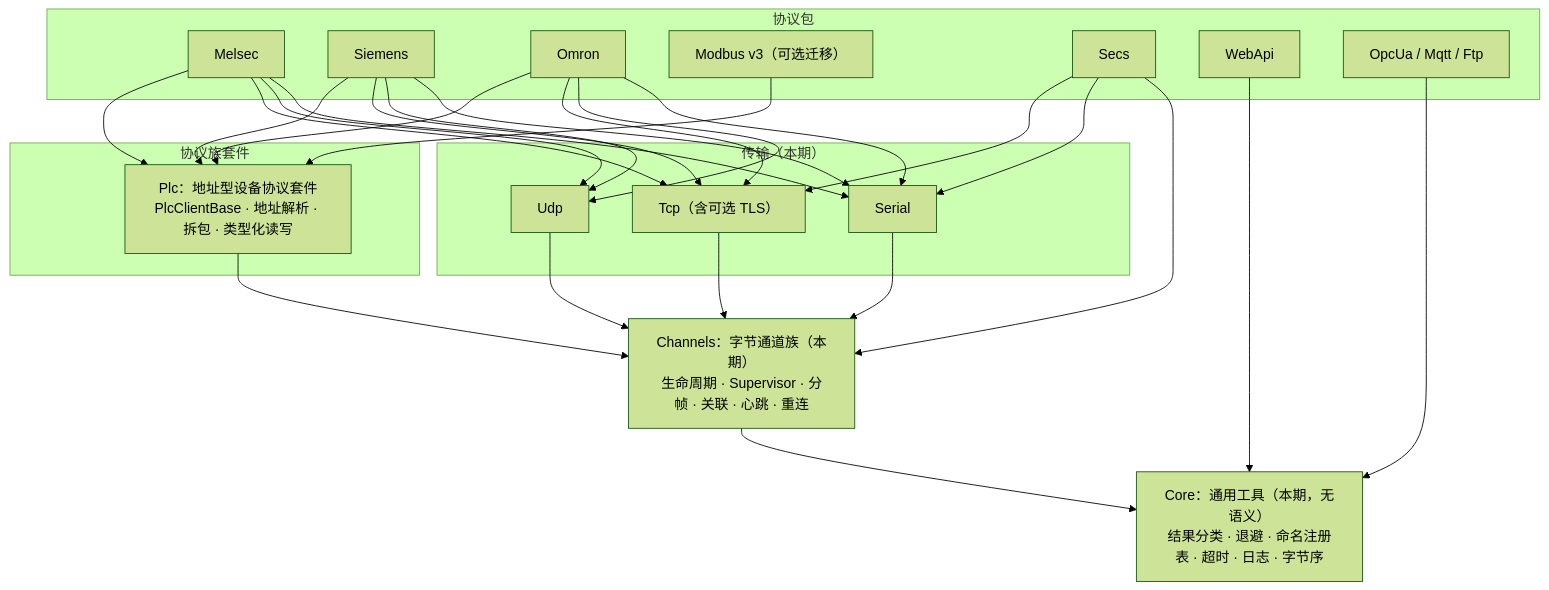
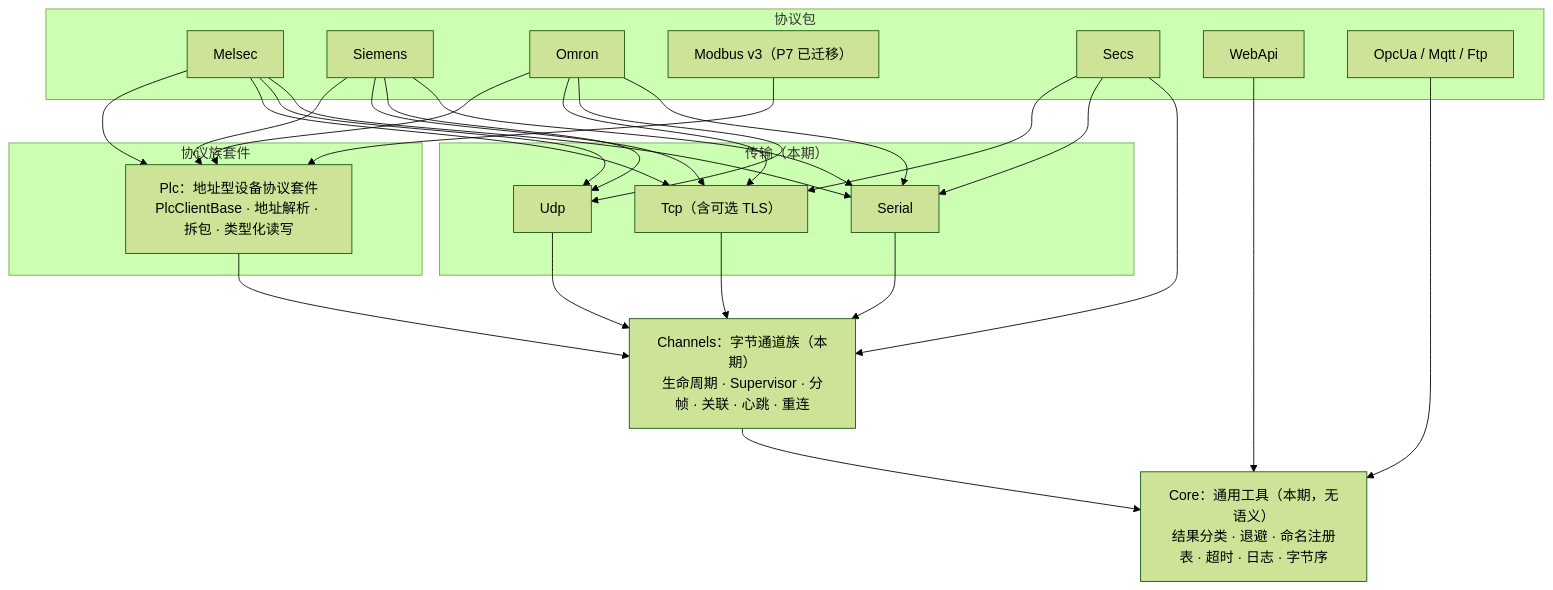
One commit to Junevy/Junevy.Communication changed the second of 4 diagrams in docs/superpowers/specs/2026-10-10-communication-core-design.md. Above: the diagram before and after it, drawn with Mermaid (forest theme). The commit also changed other lines of this file and 1 other file, not shown here.

````diff
--- a/docs/superpowers/specs/2026-10-10-communication-core-design.md
+++ b/docs/superpowers/specs/2026-10-10-communication-core-design.md
@@ -60,31 +60,31 @@
 ```mermaid
 graph TB
     subgraph PROTO["协议包"]
         MC["Melsec"]
         S7["Siemens"]
         FINS["Omron"]
-        MBV3["Modbus v3（可选迁移）"]
+        MBV3["Modbus v3（P7 已迁移）"]
         SECS["Secs"]
         WEB["WebApi"]
         UA["OpcUa / Mqtt / Ftp"]
     end
     subgraph KIT["协议族套件"]
         PLC["Plc：地址型设备协议套件<br/>PlcClientBase · 地址解析 · 拆包 · 类型化读写"]
     end
     subgraph TRANS["传输（本期）"]
         TCP["Tcp（含可选 TLS）"]
         UDP["Udp"]
         SER["Serial"]
     end
     CH["Channels：字节通道族（本期）<br/>生命周期 · Supervisor · 分帧 · 关联 · 心跳 · 重连"]
     CORE["Core：通用工具（本期，无语义）<br/>结果分类 · 退避 · 命名注册表 · 超时 · 日志 · 字节序"]
 
     MC & S7 & FINS & MBV3 --> PLC
     MC & S7 & FINS --> TCP & UDP & SER
     SECS --> TCP & SER
     PLC --> CH
     SECS --> CH
     TCP & UDP & SER --> CH
     CH --> CORE
     WEB & UA --> CORE
 ```
````
